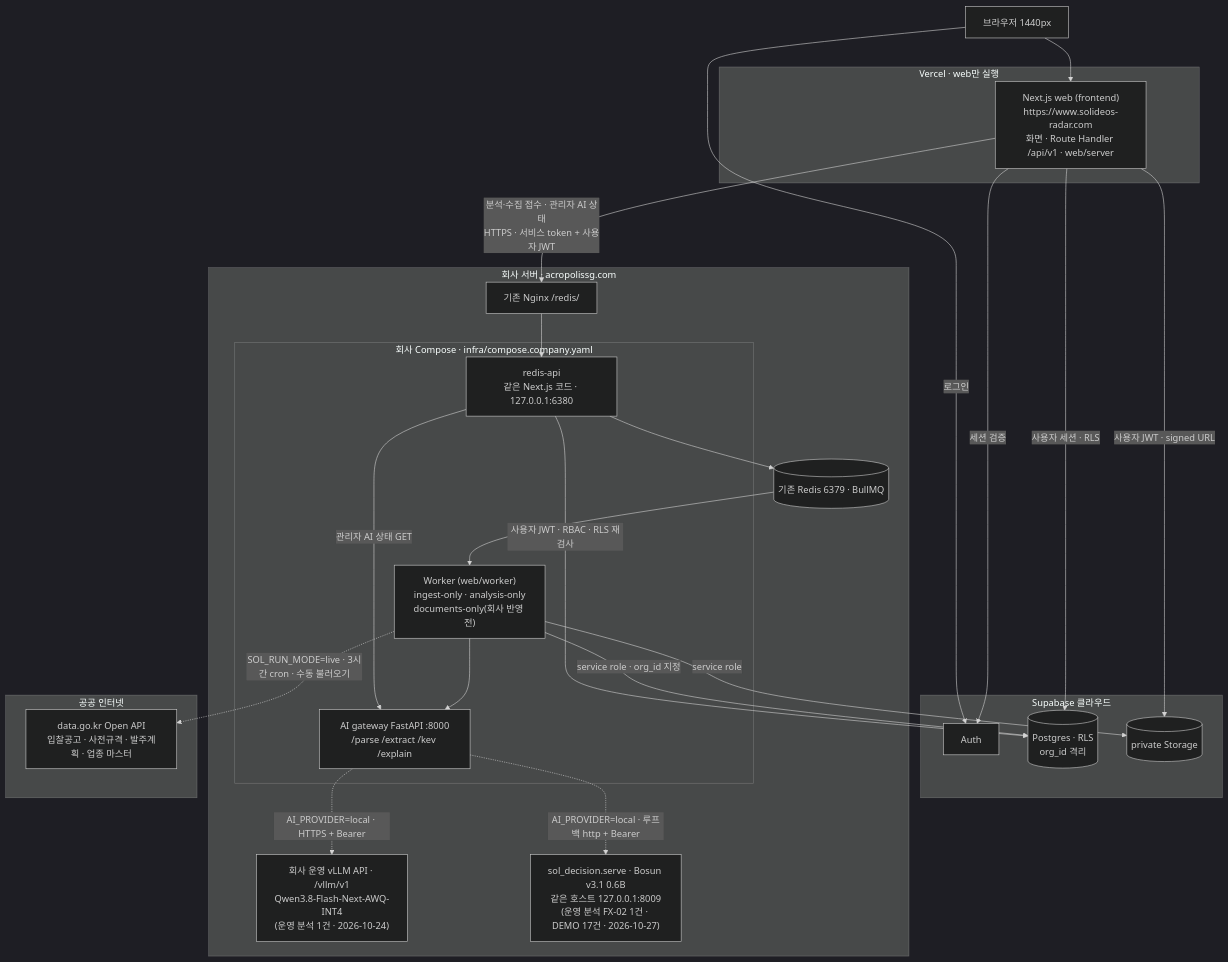
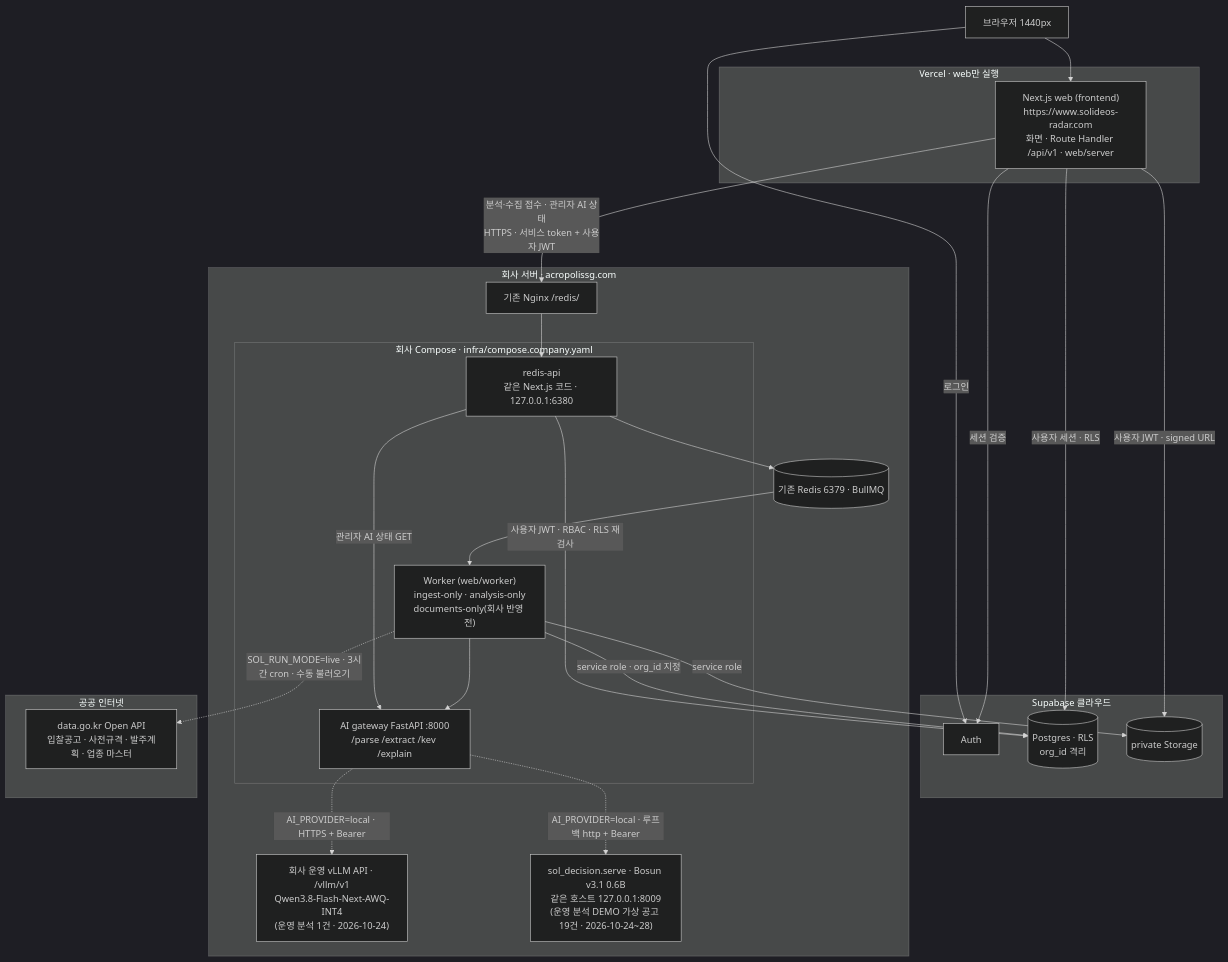
One commit to solideoai/sol-radar changed the first of 3 diagrams in docs/submission/architecture.md. Above: the diagram before and after it, drawn with Mermaid (dark theme). The commit also changed other lines of this file and 14 other files, not shown here.

````diff
--- a/docs/submission/architecture.md
+++ b/docs/submission/architecture.md
@@ -22,42 +22,42 @@
 ```mermaid
 flowchart TB
  B["브라우저 1440px"] --> V
  subgraph vercel[Vercel · web만 실행]
   V["Next.js web (frontend)<br/>https://www.solideos-radar.com<br/>화면 · Route Handler /api/v1 · web/server"]
  end
  subgraph supabase[Supabase 클라우드]
   SA["Auth"]
   PG[("Postgres · RLS<br/>org_id 격리")]
   ST[("private Storage")]
  end
  subgraph company["회사 서버 · acropolissg.com"]
   NG["기존 Nginx /redis/"]
   subgraph cc["회사 Compose · infra/compose.company.yaml"]
    RA["redis-api<br/>같은 Next.js 코드 · 127.0.0.1:6380"]
    WK["Worker (web/worker)<br/>ingest-only · analysis-only<br/>documents-only(회사 반영 전)"]
    AI["AI gateway FastAPI :8000<br/>/parse /extract /kev /explain"]
   end
   R[("기존 Redis 6379 · BullMQ")]
   QW["회사 운영 vLLM API · /vllm/v1<br/>Qwen3.8-Flash-Next-AWQ-INT4<br/>(운영 분석 1건 · 2026-10-24)"]
-  KV["sol_decision.serve · Bosun v3.1 0.6B<br/>같은 호스트 127.0.0.1:8009<br/>(운영 분석 FX-02 1건 · DEMO 17건 · 2026-10-27)"]
+  KV["sol_decision.serve · Bosun v3.1 0.6B<br/>같은 호스트 127.0.0.1:8009<br/>(운영 분석 DEMO 가상 공고 19건 · 2026-10-24~28)"]
  end
  subgraph public[공공 인터넷]
   G2B["data.go.kr Open API<br/>입찰공고 · 사전규격 · 발주계획 · 업종 마스터"]
  end
  B -- 로그인 --> SA
  V -- 세션 검증 --> SA
  V -- 사용자 세션 · RLS --> PG
  V -- 사용자 JWT · signed URL --> ST
  V -- "분석·수집 접수 · 관리자 AI 상태<br/>HTTPS · 서비스 token + 사용자 JWT" --> NG
  NG --> RA
  RA -- 사용자 JWT · RBAC · RLS 재검사 --> PG
  RA --> R
  RA -- 관리자 AI 상태 GET --> AI
  R --> WK
  WK --> AI
  WK -- service role · org_id 지정 --> PG
  WK -- service role --> ST
  WK -. "SOL_RUN_MODE=live · 3시간 cron · 수동 불러오기" .-> G2B
  AI -. AI_PROVIDER=local · HTTPS + Bearer .-> QW
  AI -. AI_PROVIDER=local · 루프백 http + Bearer .-> KV
 ```
````
